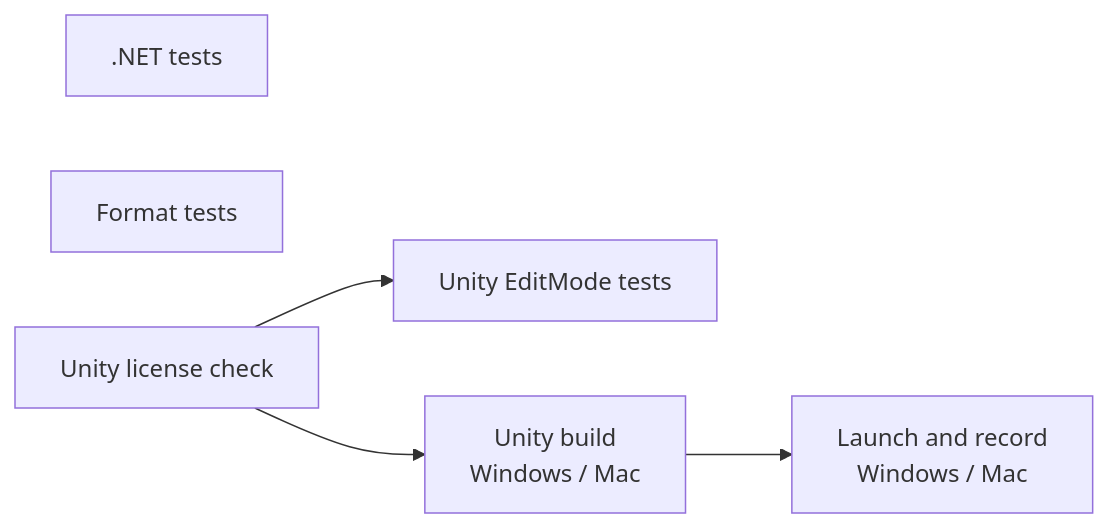
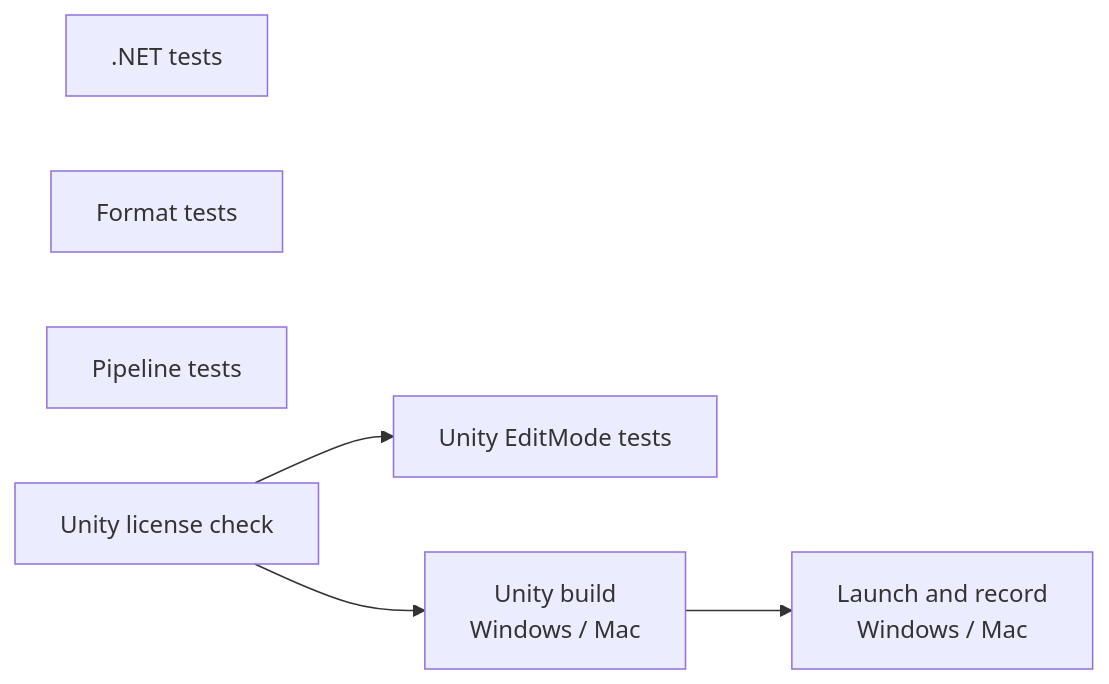
The diagram in docs/spec/ci.md (kawawa1989/ugokue), drawn with Mermaid before and after one commit. The commit also changed other lines of this file and 22 other files, not shown here.

````diff
--- a/docs/spec/ci.md
+++ b/docs/spec/ci.md
@@ -15,8 +15,9 @@
 ```mermaid
 flowchart LR
     dotnet[.NET tests]
     format[Format tests]
+    pipeline[Pipeline tests]
     license[Unity license check] --> unitytest[Unity EditMode tests]
     license --> build[Unity build<br/>Windows / Mac]
     build --> smoke[Launch and record<br/>Windows / Mac]
 ```
````
